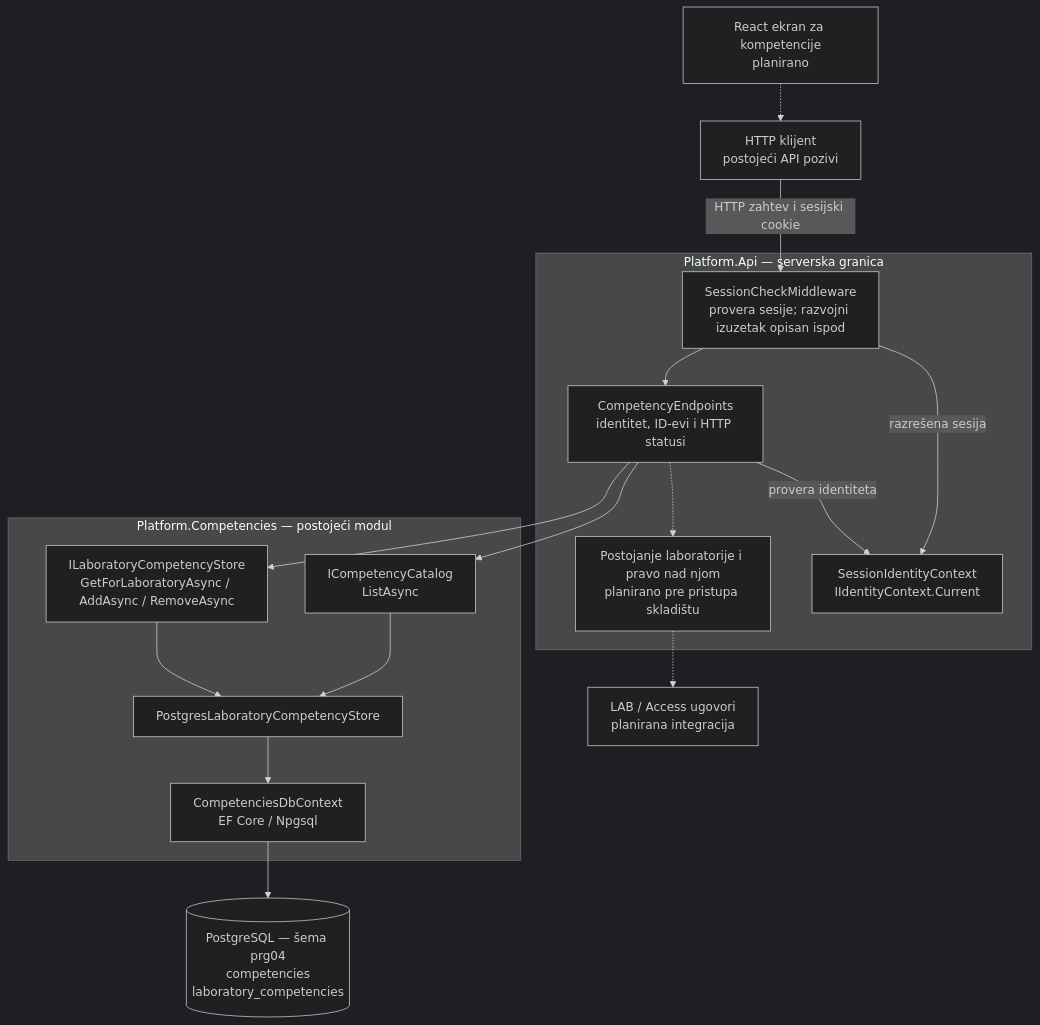
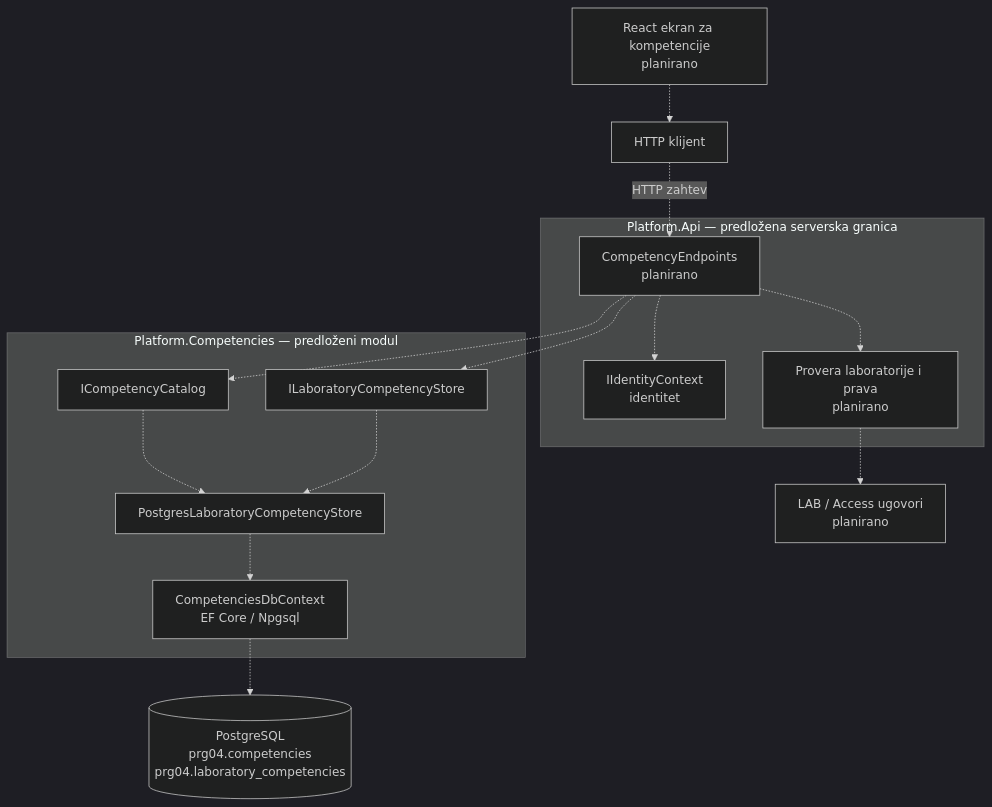
Before and after one commit to owlCoder/security-lab: the diagram in docs/components/PRG-04-competencies.md, drawn with Mermaid (dark theme). The commit also changed other lines of this file and 1 other file, not shown here.

Commit message:
docs: revise PRG-04 architecture documentation

````diff
--- a/docs/components/PRG-04-competencies.md
+++ b/docs/components/PRG-04-competencies.md
@@ -34,34 +45,31 @@
 ```mermaid
 flowchart TB
-  CLIENT["HTTP klijent<br/>postojeći API pozivi"]
+  CLIENT["HTTP klijent"]
   UI["React ekran za kompetencije<br/>planirano"]
   UI -.-> CLIENT
 
-  subgraph API["Platform.Api — serverska granica"]
-    SESSION["SessionCheckMiddleware<br/>provera sesije; razvojni izuzetak opisan ispod"]
-    IDENTITY["SessionIdentityContext<br/>IIdentityContext.Current"]
-    EP["CompetencyEndpoints<br/>identitet, ID-evi i HTTP statusi"]
-    RESOURCE["Postojanje laboratorije i pravo nad njom<br/>planirano pre pristupa skladištu"]
-    SESSION -->|"razrešena sesija"| IDENTITY
-    SESSION --> EP
-    EP -->|"provera identiteta"| IDENTITY
+  subgraph API["Platform.Api — predložena serverska granica"]
+    IDENTITY["IIdentityContext<br/>identitet"]
+    EP["CompetencyEndpoints<br/>planirano"]
+    RESOURCE["Provera laboratorije i prava<br/>planirano"]
+    EP -.-> IDENTITY
     EP -.-> RESOURCE
   end
 
-  CLIENT -->|"HTTP zahtev i sesijski cookie"| SESSION
+  CLIENT -.->|"HTTP zahtev"| EP
 
-  subgraph PRG["Platform.Competencies — postojeći modul"]
-    CATALOG["ICompetencyCatalog<br/>ListAsync"]
-    LINKS["ILaboratoryCompetencyStore<br/>GetForLaboratoryAsync / AddAsync / RemoveAsync"]
+  subgraph PRG["Platform.Competencies — predloženi modul"]
+    CATALOG["ICompetencyCatalog"]
+    LINKS["ILaboratoryCompetencyStore"]
     STORE["PostgresLaboratoryCompetencyStore"]
     CONTEXT["CompetenciesDbContext<br/>EF Core / Npgsql"]
-    CATALOG --> STORE
-    LINKS --> STORE
-    STORE --> CONTEXT
+    CATALOG -.-> STORE
+    LINKS -.-> STORE
+    STORE -.-> CONTEXT
   end
 
-  EP --> CATALOG
-  EP --> LINKS
-  RESOURCE -.-> LABACCESS["LAB / Access ugovori<br/>planirana integracija"]
-  CONTEXT --> DB[("PostgreSQL — šema prg04<br/>competencies<br/>laboratory_competencies")]
+  EP -.-> CATALOG
+  EP -.-> LINKS
+  RESOURCE -.-> LABACCESS["LAB / Access ugovori<br/>planirano"]
+  CONTEXT -.-> DB[("PostgreSQL<br/>prg04.competencies<br/>prg04.laboratory_competencies")]
 ```
````
